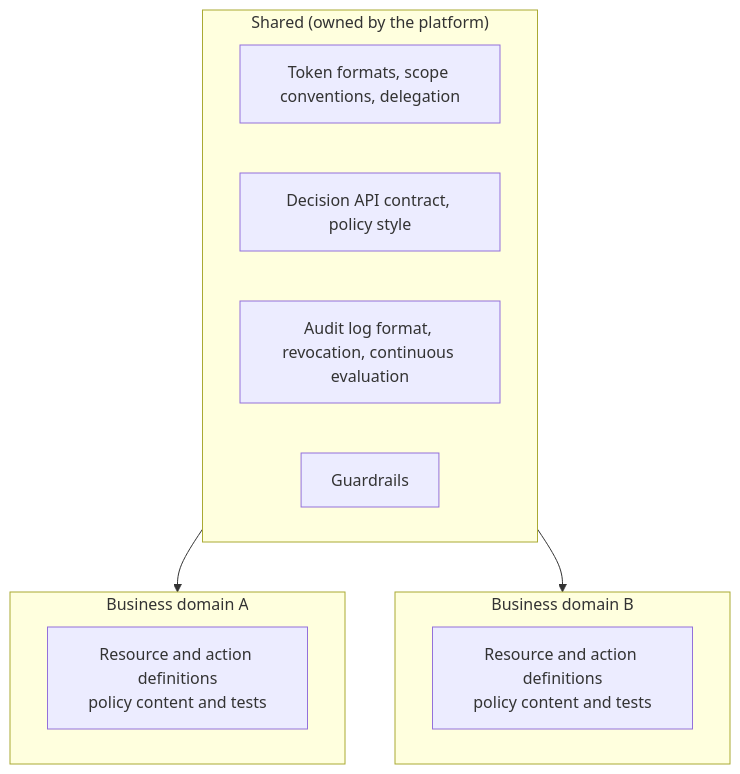
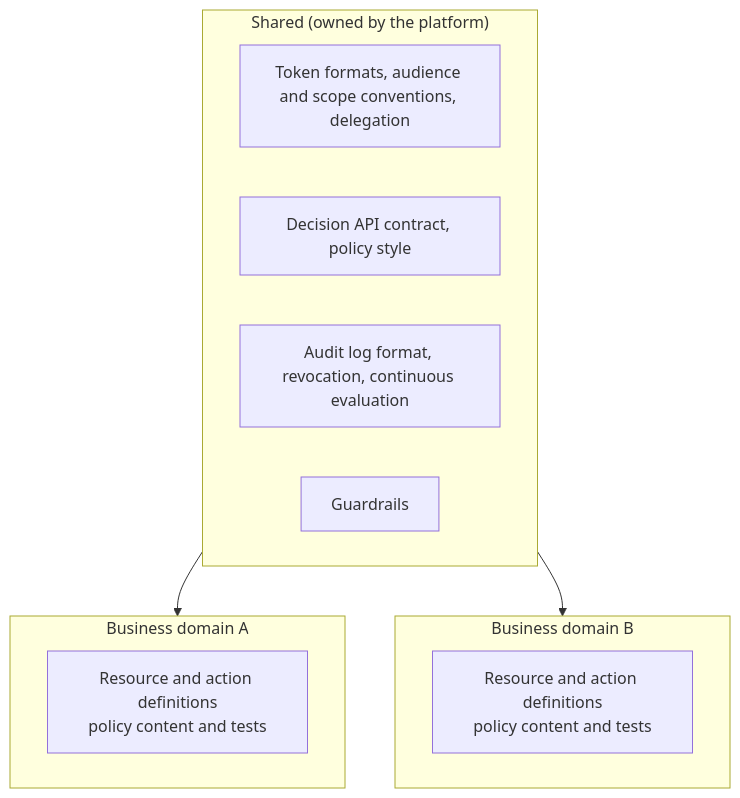
Before and after one commit to bmf-san/bmf-tech: the second of 4 diagrams in content/en/posts/authorization-platform-scope-stages.md, drawn with Mermaid. The commit also changed other lines of this file and 1 other file, not shown here.

First line of the commit message:
fix: 認可基盤の範囲の記事のまとめ・表・図を本文の限定に合わせる

````diff
--- a/content/en/posts/authorization-platform-scope-stages.md
+++ b/content/en/posts/authorization-platform-scope-stages.md
@@ -113,17 +113,17 @@
 ```mermaid
 flowchart TB
   subgraph Shared["Shared (owned by the platform)"]
-    T["Token formats, scope conventions, delegation"]
+    T["Token formats, audience and scope conventions, delegation"]
     API["Decision API contract, policy style"]
     LOG["Audit log format, revocation, continuous evaluation"]
     G["Guardrails"]
   end
   subgraph DomainA["Business domain A"]
     PA["Resource and action definitions<br/>policy content and tests"]
   end
   subgraph DomainB["Business domain B"]
     PB["Resource and action definitions<br/>policy content and tests"]
   end
   Shared --> DomainA
   Shared --> DomainB
 ```
````
